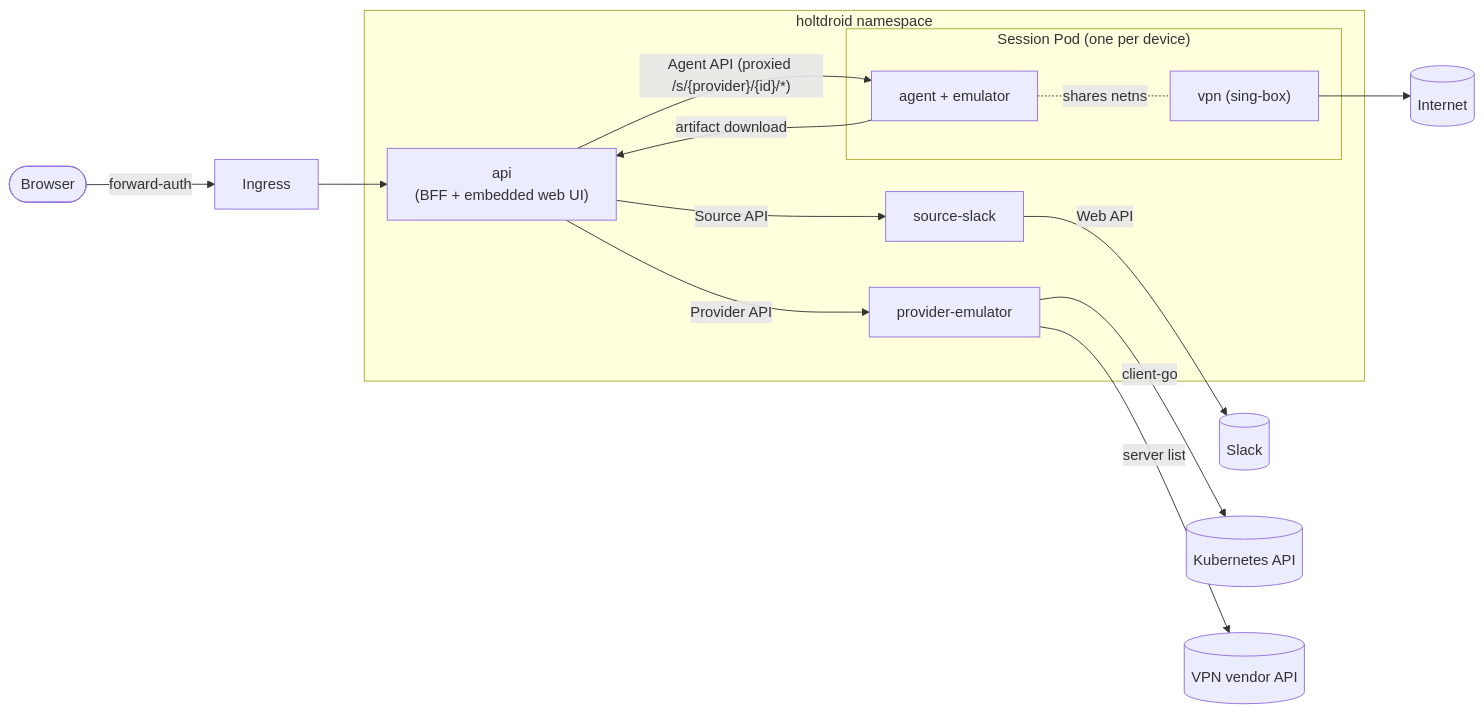
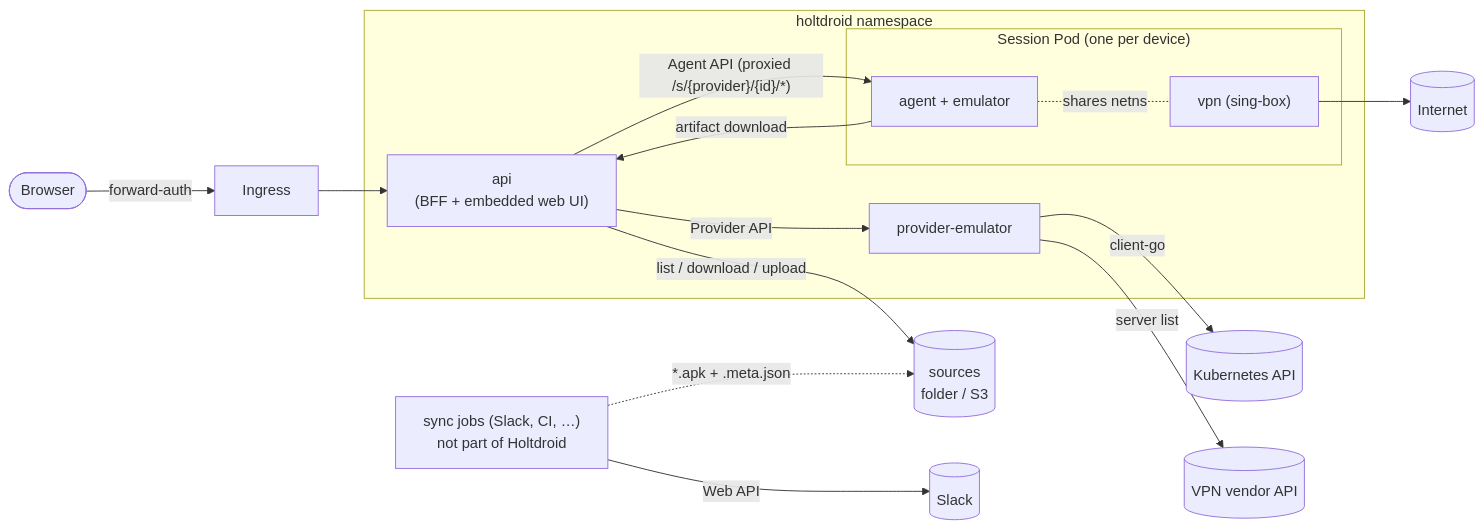
Before and after one commit to holtdroid/holtdroid: the first of 2 diagrams in design/architecture.md, drawn with Mermaid. The commit also changed other lines of this file and 55 other files, not shown here.

Commit message:
feat(api): folder and s3 sources with meta sidecars, change tracking and user uploads

````diff
--- a/design/architecture.md
+++ b/design/architecture.md
@@ -28,25 +28,25 @@
 ```mermaid
 flowchart LR
   user([Browser]) -->|forward-auth| ingress[Ingress]
   ingress --> api
 
   subgraph holtdroid namespace
     api["api<br/>(BFF + embedded web UI)"]
-    src["source-slack"]
     prov["provider-emulator"]
     subgraph session["Session Pod (one per device)"]
       agent["agent + emulator"]
       vpn["vpn (sing-box)"]
     end
   end
 
-  api -- Source API --> src
+  api -- "list / download / upload" --> sources[("sources<br/>folder / S3")]
+  sync["sync jobs (Slack, CI, …)<br/>not part of Holtdroid"] -. "*.apk + .meta.json" .-> sources
   api -- Provider API --> prov
   api -- "Agent API (proxied /s/{provider}/{id}/*)" --> agent
-  src -->|Web API| slack[(Slack)]
+  sync -->|Web API| slack[(Slack)]
   prov -->|client-go| k8s[(Kubernetes API)]
   prov -->|server list| nord[(VPN vendor API)]
   agent -->|artifact download| api
   agent -. shares netns .- vpn
   vpn --> internet[(Internet)]
 ```
````
